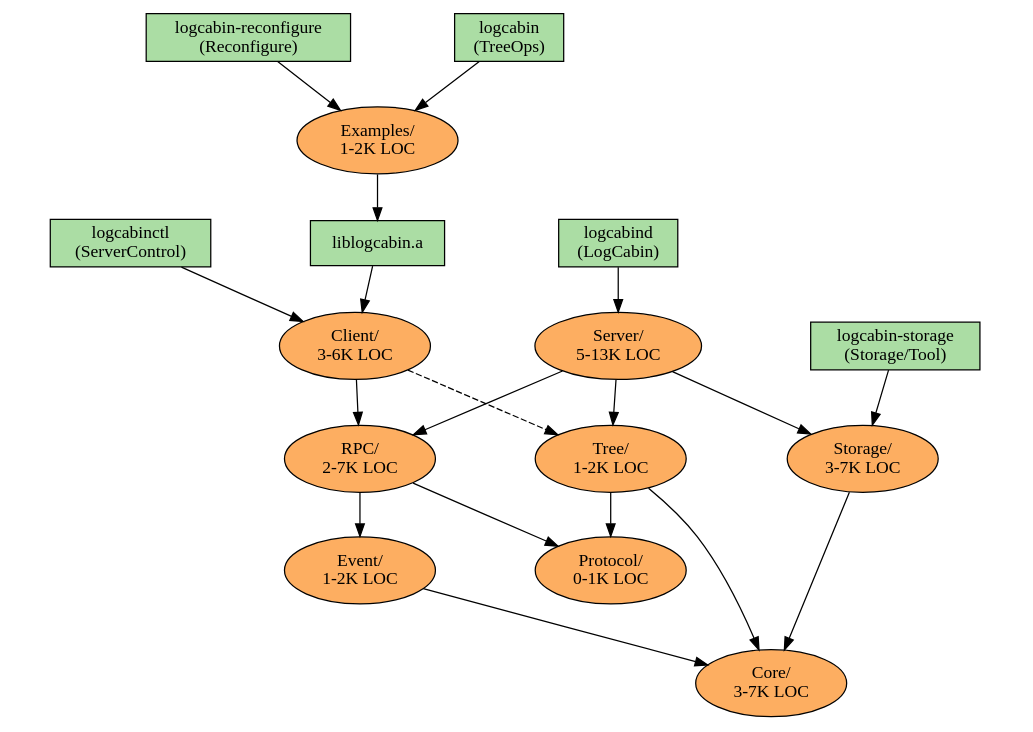
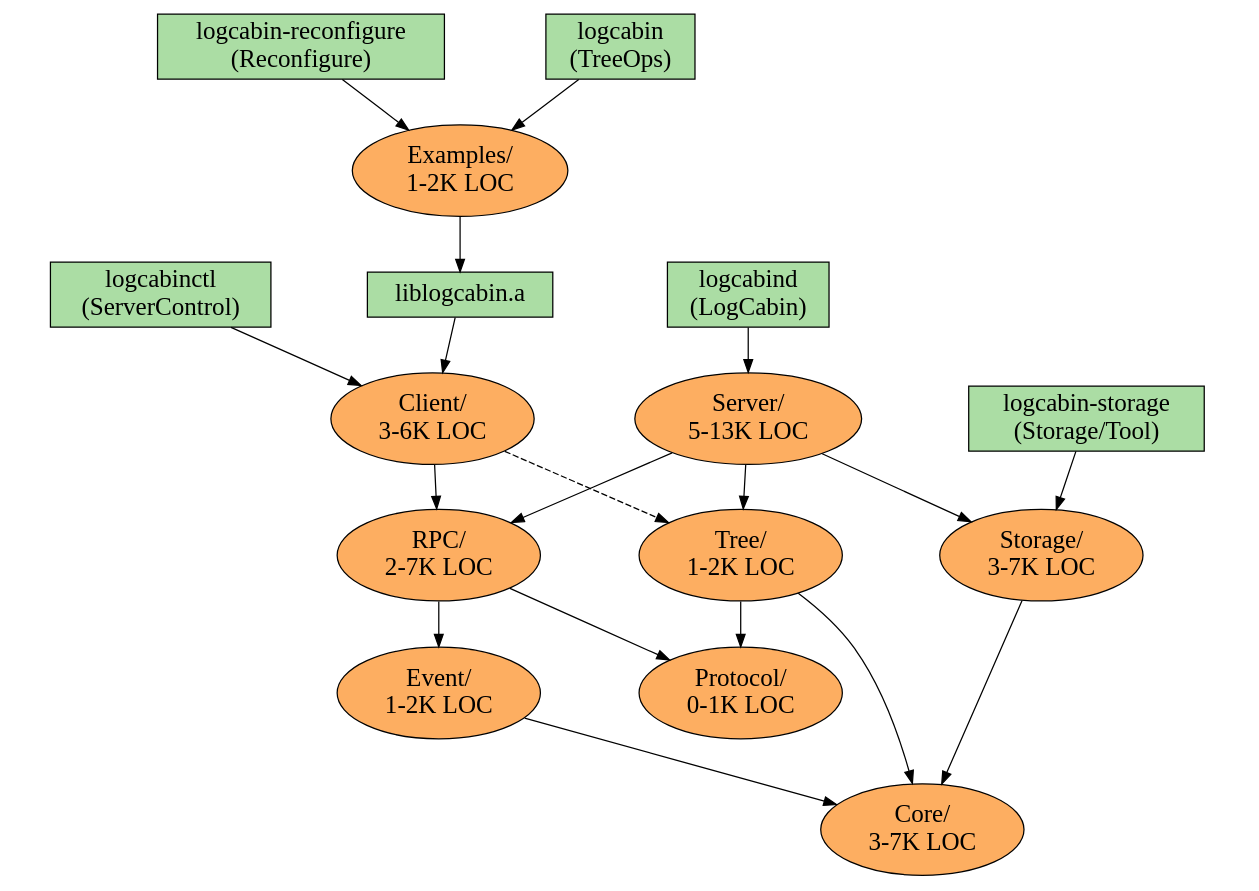
Before and after one commit to Sonam1999/logcabin-talk: the diagram in directories.dot, drawn with Graphviz. The commit also changed 3 other files, not shown here.

```diff
--- a/directories.dot
+++ b/directories.dot
@@ -1,51 +1,51 @@
 digraph dependencies {
 
 ratio=.7;
 fontname="Mono";
 
 // Directories
 // LOC are "total" and "SLOC for non-test files" according to
 // logcabin/scripts/loc.sh, last updated 2015-07-17
-node [shape="ellipse", style="filled", fillcolor="#fdae61"];
+node [shape="ellipse", style="filled", fillcolor="#fdae61", fontsize=20];
 Client [label="Client/\n3-6K LOC"];
 Core [label="Core/\n3-7K LOC"];
 Event [label="Event/\n1-2K LOC"];
 Examples [label="Examples/\n1-2K LOC"];
 Protocol [label="Protocol/\n0-1K LOC"];
 RPC [label="RPC/\n2-7K LOC"];
 Server [label="Server/\n5-13K LOC"];
 Storage [label="Storage/\n3-7K LOC"];
 Tree [label="Tree/\n1-2K LOC"];
 
 // Binaries
 node [shape="box", style="filled", fillcolor="#abdda4"];
 ClientLib [label="liblogcabin.a"];
 Main [label="logcabind\n(LogCabin)"];
 Reconfigure [label="logcabin-reconfigure\n(Reconfigure)"];
 ServerControl [label="logcabinctl\n(ServerControl)"];
 StorageTool [label="logcabin-storage\n(Storage/Tool)"];
 TreeOps [label="logcabin\n(TreeOps)"];
 
 // Dependencies
 Client -> RPC;
 Client -> Tree [style="dashed", weight=.5];
 Event -> Core;
 Examples -> ClientLib;
 RPC -> Event;
 RPC -> Protocol;
 Server -> RPC;
 Server -> Storage;
 Server -> Tree;
 Storage -> Core;
 Tree -> Core;
 Tree -> Protocol;
 
 // Binary locations
 ClientLib -> Client;
 Main -> Server;
 Reconfigure -> Examples;
 ServerControl -> Client;
 StorageTool -> Storage;
 TreeOps -> Examples;
 
-}
+} // must be last line in file for Makefile
```
